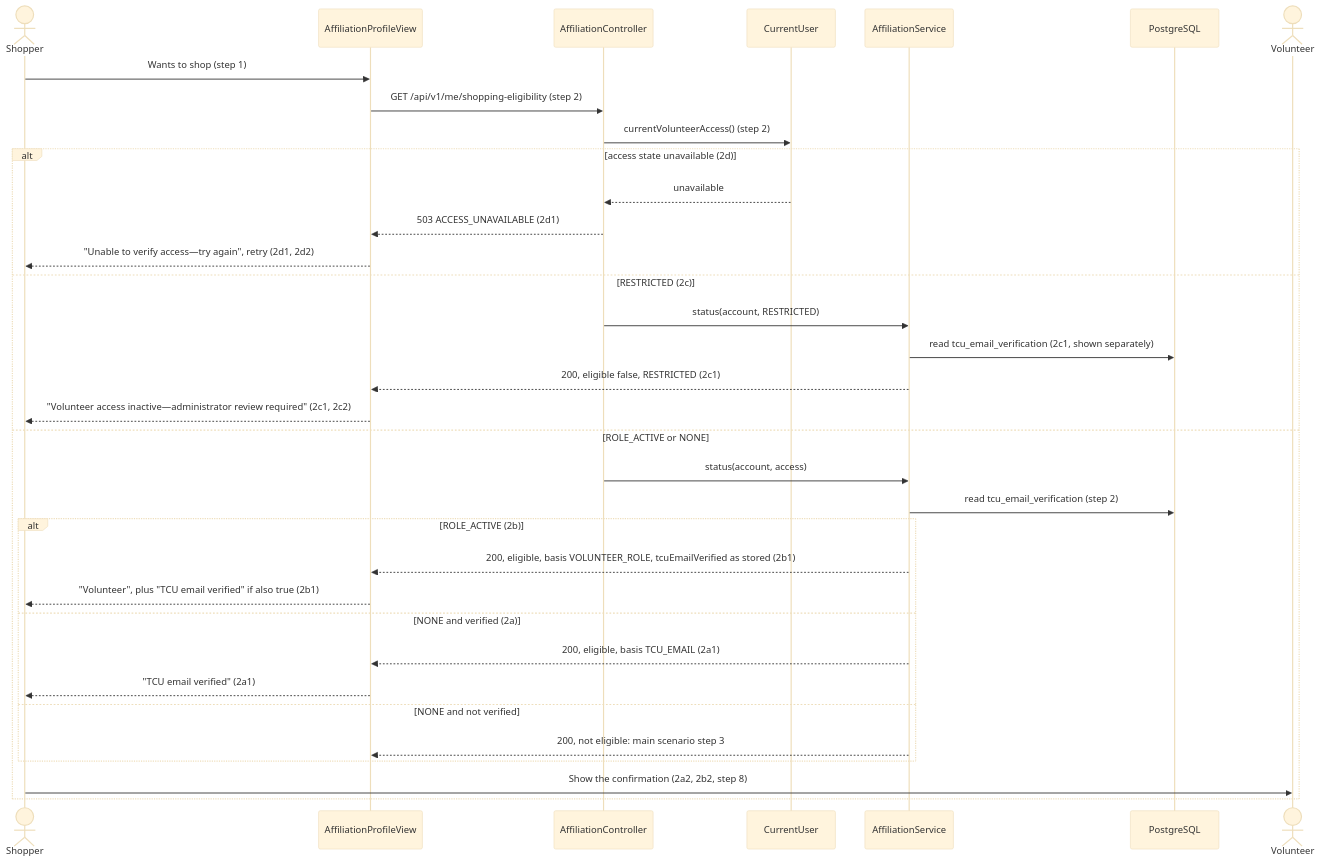
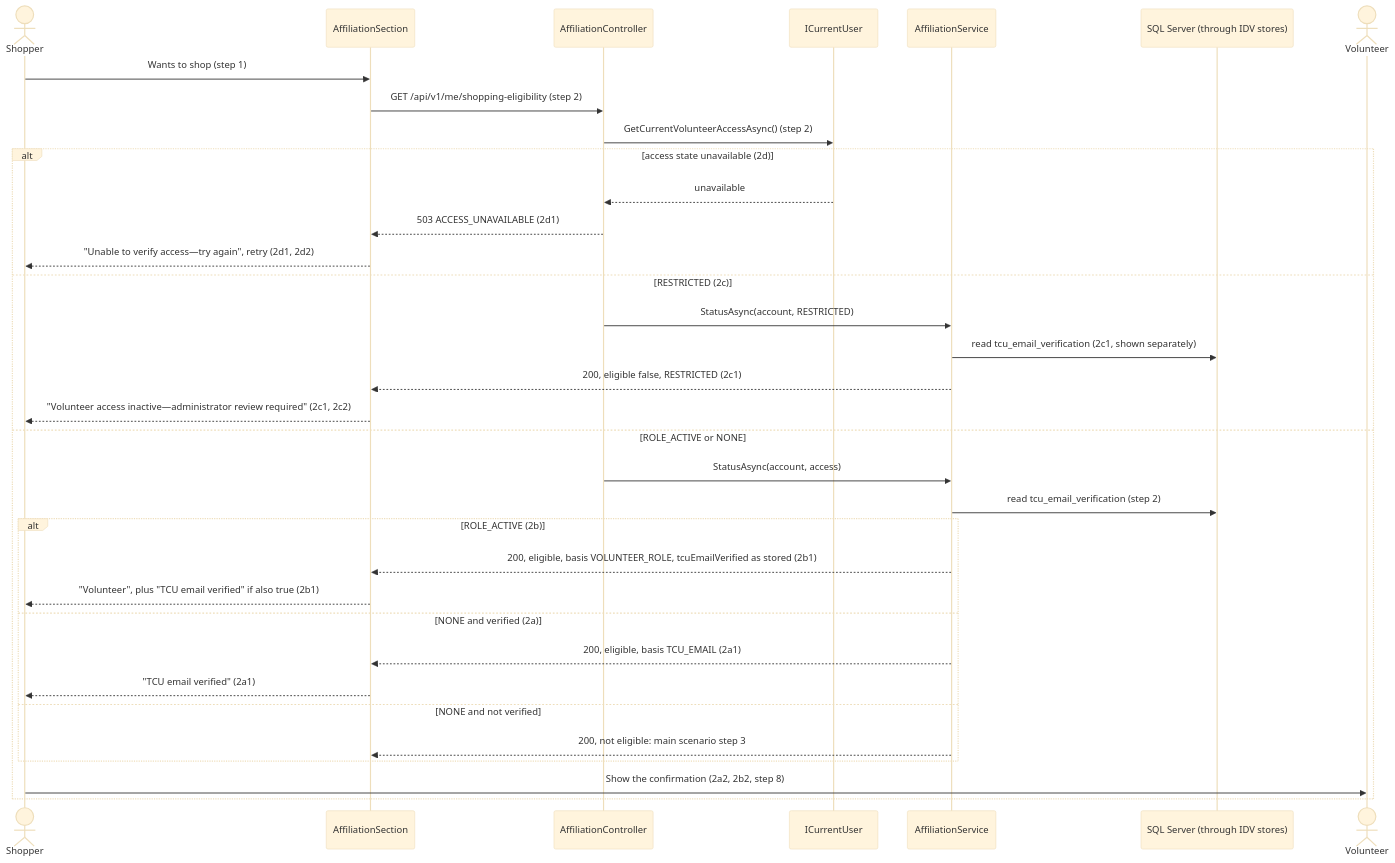
One commit to evelyntrann/cosc-40943-team-3-refrog changed the third of 4 diagrams in docs/design/IDV.md. Above: the diagram before and after it, drawn with Mermaid (base theme). The commit also changed other lines of this file and 2 other files, not shown here.

First line of the commit message:
docs: revise IDV design for KD-tcu-it-stack (#60)

````diff
--- a/docs/design/IDV.md
+++ b/docs/design/IDV.md
@@ -167,36 +172,36 @@
 ```mermaid
 sequenceDiagram
     actor S as Shopper
-    participant UI as AffiliationProfileView
+    participant UI as AffiliationSection
     participant C as AffiliationController
-    participant CU as CurrentUser
+    participant CU as ICurrentUser
     participant SV as AffiliationService
-    participant DB as PostgreSQL
+    participant DB as SQL Server (through IDV stores)
     actor V as Volunteer
     S->>UI: Wants to shop (step 1)
     UI->>C: GET /api/v1/me/shopping-eligibility (step 2)
-    C->>CU: currentVolunteerAccess() (step 2)
+    C->>CU: GetCurrentVolunteerAccessAsync() (step 2)
     alt access state unavailable (2d)
         CU-->>C: unavailable
         C-->>UI: 503 ACCESS_UNAVAILABLE (2d1)
         UI-->>S: "Unable to verify access—try again", retry (2d1, 2d2)
     else RESTRICTED (2c)
-        C->>SV: status(account, RESTRICTED)
+        C->>SV: StatusAsync(account, RESTRICTED)
         SV->>DB: read tcu_email_verification (2c1, shown separately)
         SV-->>UI: 200, eligible false, RESTRICTED (2c1)
         UI-->>S: "Volunteer access inactive—administrator review required" (2c1, 2c2)
     else ROLE_ACTIVE or NONE
-        C->>SV: status(account, access)
+        C->>SV: StatusAsync(account, access)
         SV->>DB: read tcu_email_verification (step 2)
         alt ROLE_ACTIVE (2b)
             SV-->>UI: 200, eligible, basis VOLUNTEER_ROLE, tcuEmailVerified as stored (2b1)
             UI-->>S: "Volunteer", plus "TCU email verified" if also true (2b1)
         else NONE and verified (2a)
             SV-->>UI: 200, eligible, basis TCU_EMAIL (2a1)
             UI-->>S: "TCU email verified" (2a1)
         else NONE and not verified
             SV-->>UI: 200, not eligible: main scenario step 3
         end
         S->>V: Show the confirmation (2a2, 2b2, step 8)
     end
 ```
````
